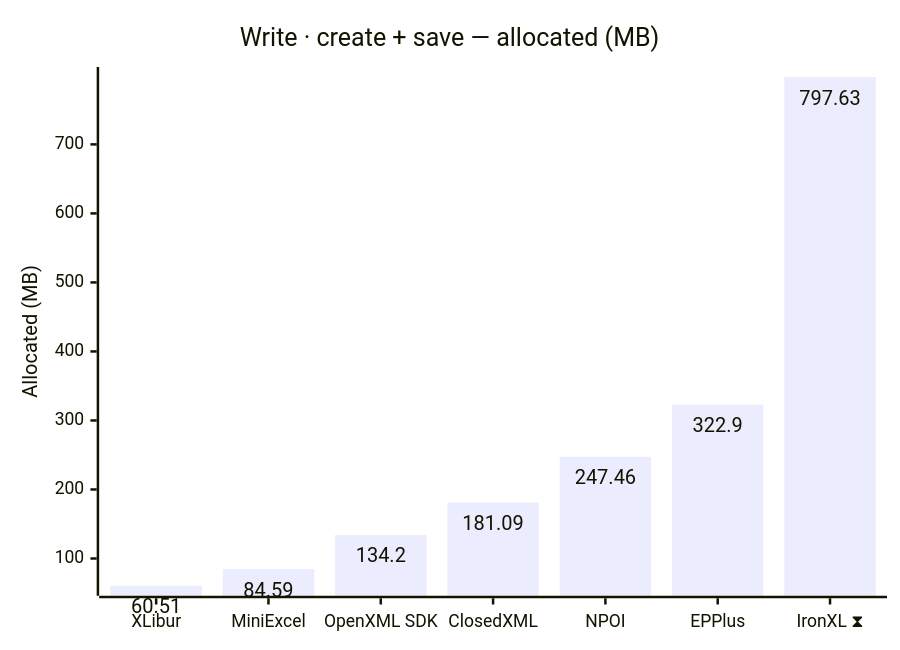
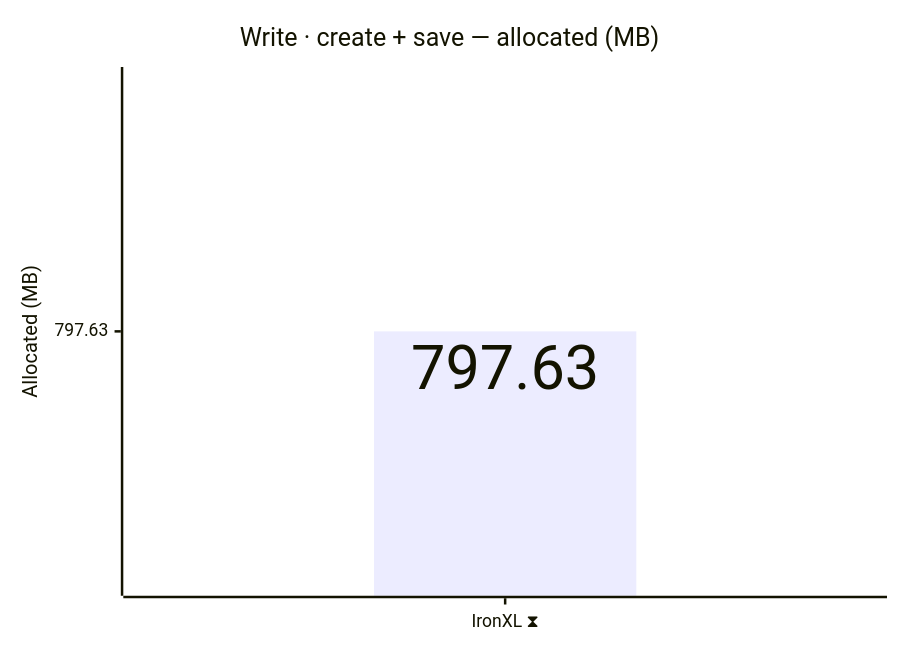
One commit to jafin/XLBench changed the sixth of 12 diagrams in docs/results.md. Above: the diagram before and after it, drawn with Mermaid. The commit also changed other lines of this file and 2 other files, not shown here.

First line of the commit message:
chore(deps): bump XLibur to 0.310.1-beta.5 and republish

````diff
--- a/docs/results.md
+++ b/docs/results.md
@@ -104,12 +104,12 @@
 ```mermaid
 ---
 config:
   xyChart:
     showDataLabel: true
 ---
 xychart-beta
     title "Write · create + save — allocated (MB)"
-    x-axis ["XLibur", "MiniExcel", "OpenXML SDK", "ClosedXML", "NPOI", "EPPlus", "IronXL ⧗"]
+    x-axis ["IronXL ⧗"]
     y-axis "Allocated (MB)"
-    bar [60.51, 84.59, 134.2, 181.09, 247.46, 322.9, 797.63]
+    bar [797.63]
 ```
````
